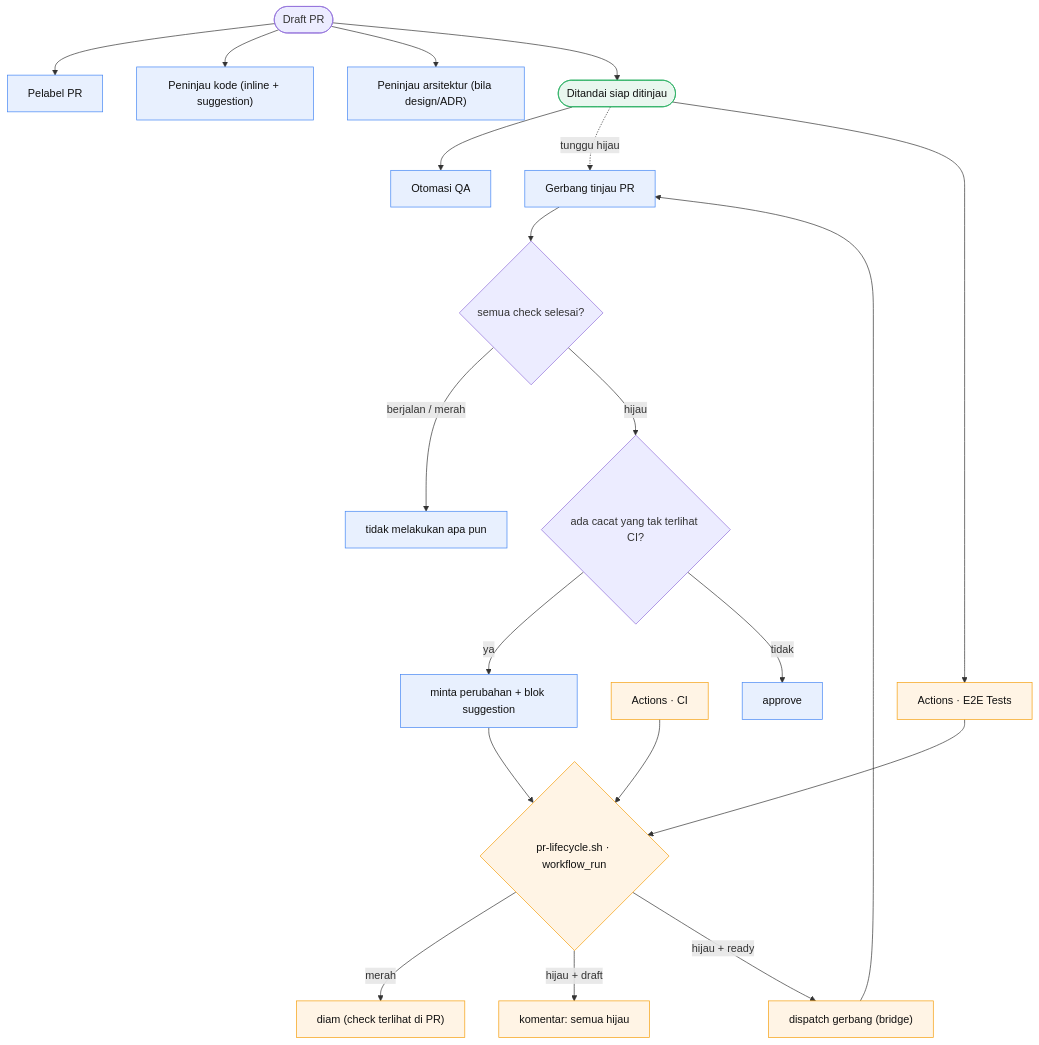
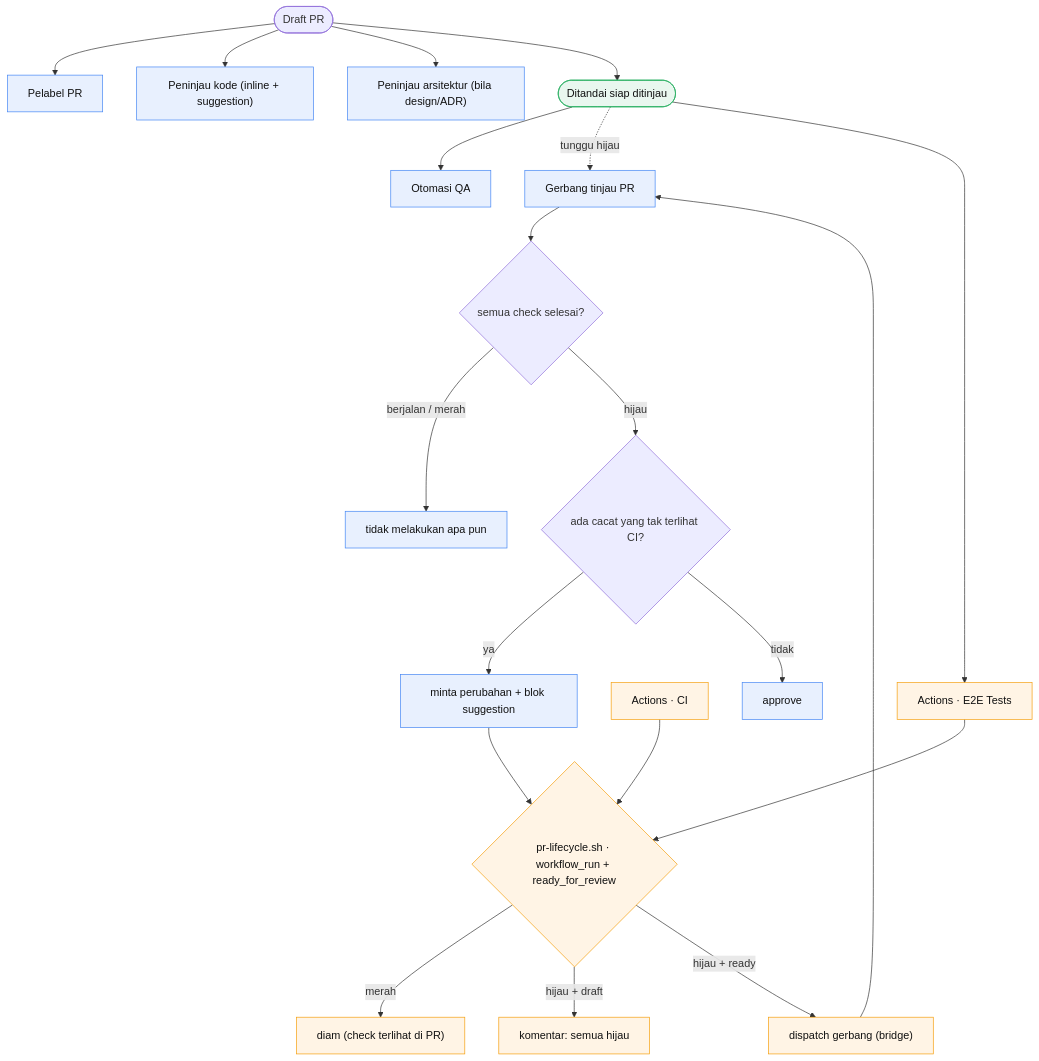
Before and after one commit to cipansor/cipansor: the fourth of 6 diagrams in docs/SDLC-FLOW.md, drawn with Mermaid. The commit also changed other lines of this file and 21 other files, not shown here.

````diff
--- a/docs/SDLC-FLOW.md
+++ b/docs/SDLC-FLOW.md
@@ -370,28 +370,28 @@
 ```mermaid
 flowchart TD
   classDef cloud fill:#e8f0fe,stroke:#4285f4,color:#111;
   classDef gh fill:#fff4e5,stroke:#f59e0b,color:#111;
   classDef human fill:#e9f7ef,stroke:#27ae60,color:#111;
 
   DPR([Draft PR]) --> C17["Pelabel PR"]:::cloud
   DPR --> C8["Peninjau kode (inline + suggestion)"]:::cloud
   DPR --> C4["Peninjau arsitektur (bila design/ADR)"]:::cloud
   DPR --> RDY(["Ditandai siap ditinjau"]):::human
 
   RDY --> C10["Otomasi QA"]:::cloud
   RDY -. "tunggu hijau" .-> C18["Gerbang tinjau PR"]:::cloud
   RDY --> E2E["Actions · E2E Tests"]:::gh
   CI["Actions · CI"]:::gh --> LC
 
-  E2E --> LC{"pr-lifecycle.sh · workflow_run"}:::gh
+  E2E --> LC{"pr-lifecycle.sh · workflow_run + ready_for_review"}:::gh
   LC -- merah --> RQ["diam (check terlihat di PR)"]:::gh
   LC -- "hijau + draft" --> GC["komentar: semua hijau"]:::gh
   LC -- "hijau + ready" --> DISP["dispatch gerbang (bridge)"]:::gh --> C18
 
   C18 --> DEC{"semua check selesai?"}
   DEC -- "berjalan / merah" --> STOP["tidak melakukan apa pun"]:::cloud
   DEC -- hijau --> REV{"ada cacat yang tak terlihat CI?"}
   REV -- ya --> RC["minta perubahan + blok suggestion"]:::cloud
   REV -- tidak --> APP["approve"]:::cloud
   RC --> LC
 ```
````
